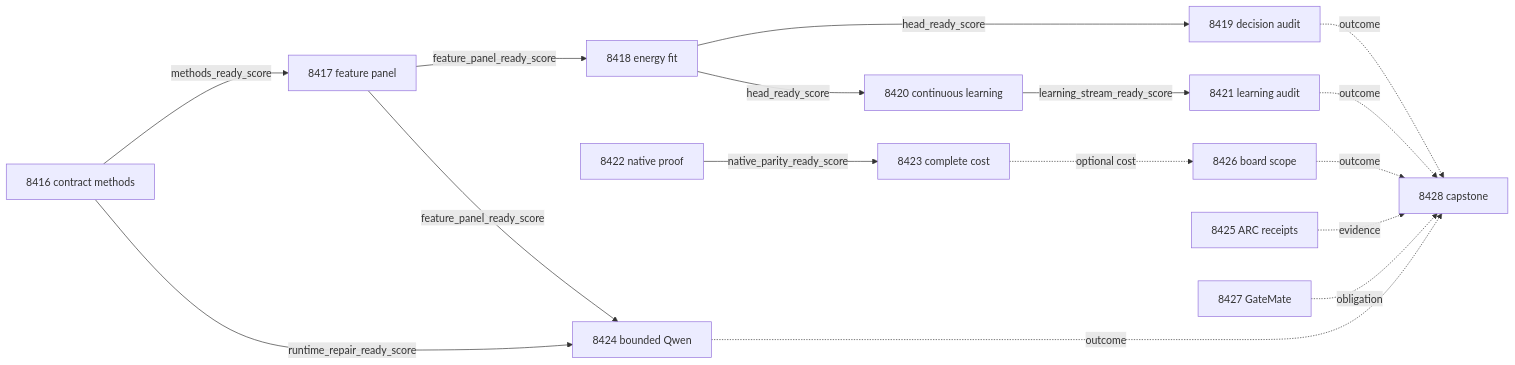
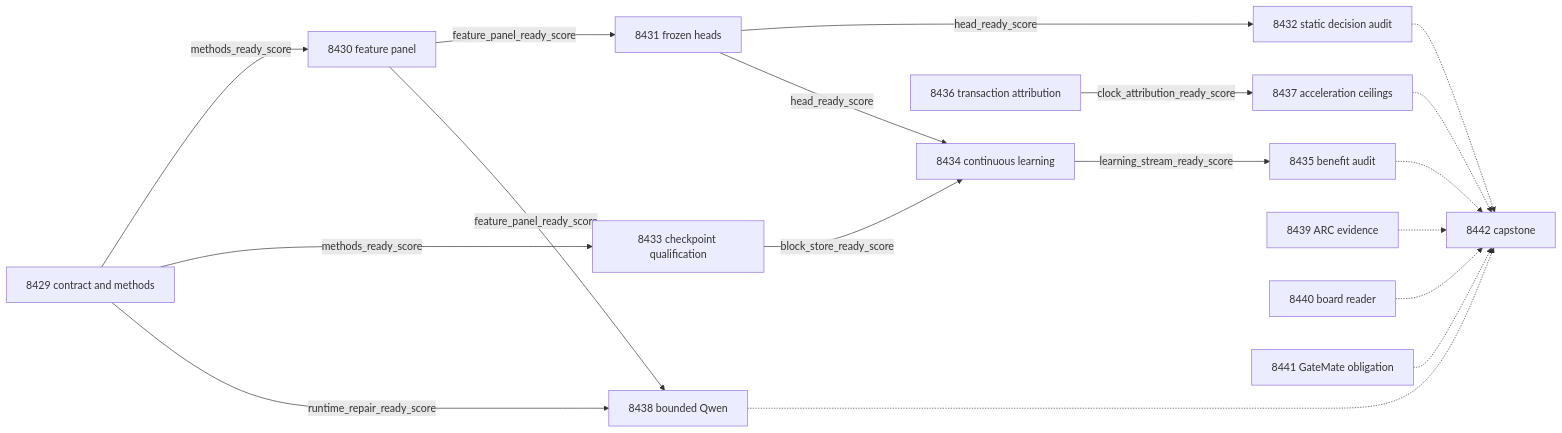
Before and after one commit to Carnot-EBM/carnot-ebm: the second of 2 diagrams in openspec/change-proposals/research-roadmap-vNEXT.md, drawn with Mermaid. The commit also changed other lines of this file and 18 other files, not shown here.

````diff
--- a/openspec/change-proposals/research-roadmap-vNEXT.md
+++ b/openspec/change-proposals/research-roadmap-vNEXT.md
@@ -263,18 +311,20 @@
 ```mermaid
 flowchart LR
-    E8416[8416 contract methods] -->|methods_ready_score| E8417[8417 feature panel]
-    E8417 -->|feature_panel_ready_score| E8418[8418 energy fit]
-    E8418 -->|head_ready_score| E8419[8419 decision audit]
-    E8418 -->|head_ready_score| E8420[8420 continuous learning]
-    E8420 -->|learning_stream_ready_score| E8421[8421 learning audit]
-    E8422[8422 native proof] -->|native_parity_ready_score| E8423[8423 complete cost]
-    E8416 -->|runtime_repair_ready_score| E8424[8424 bounded Qwen]
-    E8417 -->|feature_panel_ready_score| E8424
-    E8423 -. optional cost .-> E8426[8426 board scope]
-    E8425[8425 ARC receipts] -. evidence .-> E8428[8428 capstone]
-    E8427[8427 GateMate] -. obligation .-> E8428
-    E8419 -. outcome .-> E8428
-    E8421 -. outcome .-> E8428
-    E8424 -. outcome .-> E8428
-    E8426 -. outcome .-> E8428
+    E8429[8429 contract and methods] -->|methods_ready_score| E8430[8430 feature panel]
+    E8430 -->|feature_panel_ready_score| E8431[8431 frozen heads]
+    E8431 -->|head_ready_score| E8432[8432 static decision audit]
+    E8429 -->|methods_ready_score| E8433[8433 checkpoint qualification]
+    E8431 -->|head_ready_score| E8434[8434 continuous learning]
+    E8433 -->|block_store_ready_score| E8434
+    E8434 -->|learning_stream_ready_score| E8435[8435 benefit audit]
+    E8436[8436 transaction attribution] -->|clock_attribution_ready_score| E8437[8437 acceleration ceilings]
+    E8429 -->|runtime_repair_ready_score| E8438[8438 bounded Qwen]
+    E8430 -->|feature_panel_ready_score| E8438
+    E8439[8439 ARC evidence] -.-> E8442[8442 capstone]
+    E8440[8440 board reader] -.-> E8442
+    E8441[8441 GateMate obligation] -.-> E8442
+    E8432 -.-> E8442
+    E8435 -.-> E8442
+    E8437 -.-> E8442
+    E8438 -.-> E8442
 ```
````
